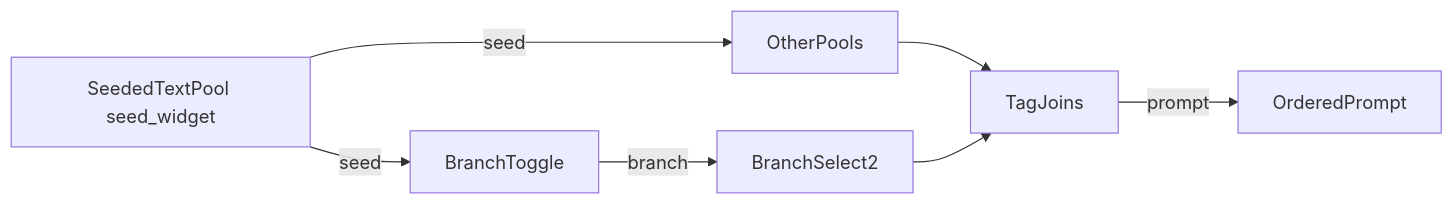
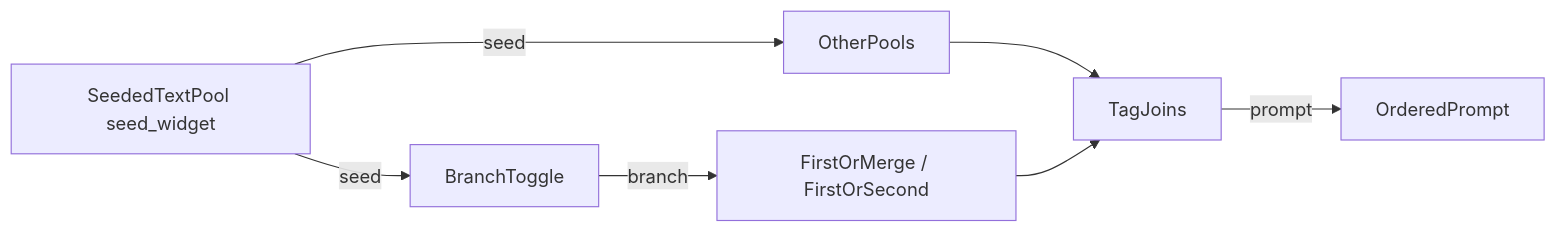
One commit to Cueuler/dynamic_prompt_engine changed the diagram in README.md. Above: the diagram before and after it, drawn with Mermaid. The commit also changed other lines of this file and 12 other files, not shown here.

````diff
--- a/README.md
+++ b/README.md
@@ -7,9 +9,9 @@
 ```mermaid
 flowchart LR
   rootPool["SeededTextPool seed_widget"] -->|"seed"| pools[OtherPools]
   rootPool -->|"seed"| toggle[BranchToggle]
   pools --> joins[TagJoins]
-  toggle -->|"branch"| select[BranchSelect2]
+  toggle -->|"branch"| select[FirstOrMerge / FirstOrSecond]
   select --> joins
   joins -->|"prompt"| finalPrompt[OrderedPrompt]
 ```
````
